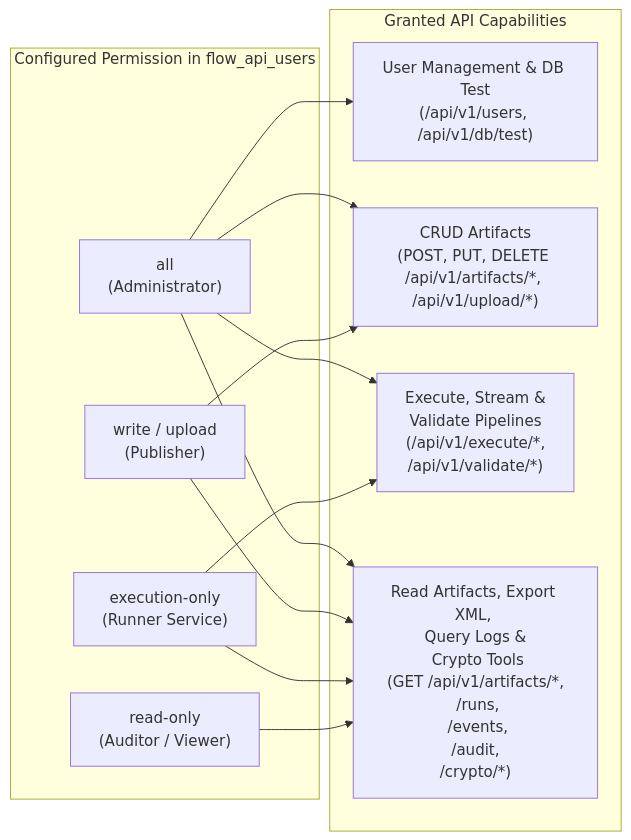
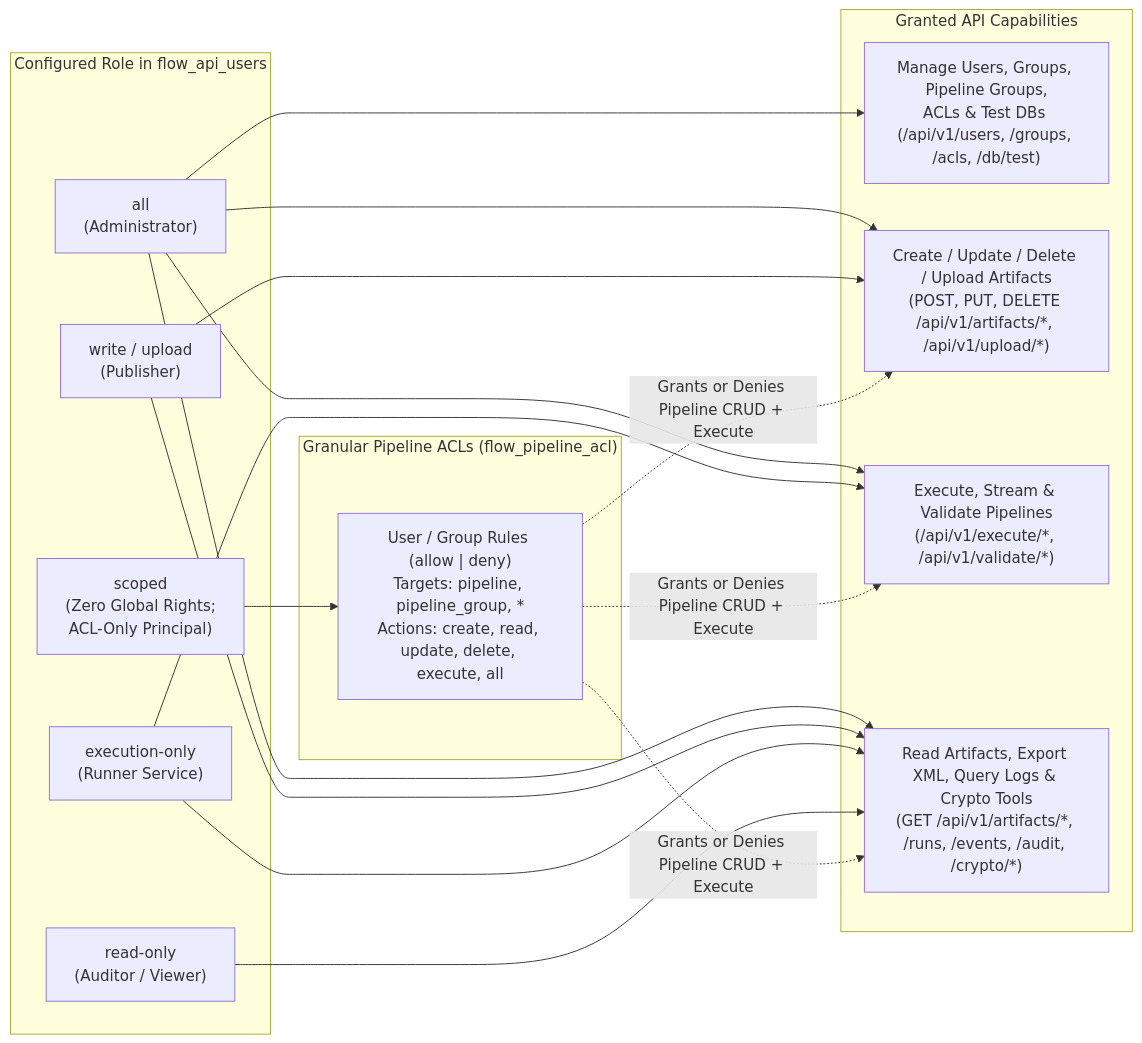
One commit to etl-madness/flow-docs changed the second of 6 diagrams in docs/guides/API_ENDPOINTS_REFERENCE.md. Above: the diagram before and after it, drawn with Mermaid. The commit also changed other lines of this file and 98 other files, not shown here.

````diff
--- a/docs/guides/API_ENDPOINTS_REFERENCE.md
+++ b/docs/guides/API_ENDPOINTS_REFERENCE.md
@@ -73,21 +70,28 @@
 ```mermaid
 flowchart LR
-    subgraph Roles["Configured Permission in flow_api_users"]
+    subgraph Roles["Configured Role in flow_api_users"]
         P_ALL["all<br/>(Administrator)"]
         P_WRITE["write / upload<br/>(Publisher)"]
         P_EXEC["execution-only<br/>(Runner Service)"]
         P_READ["read-only<br/>(Auditor / Viewer)"]
+        P_SCOPED["scoped<br/>(Zero Global Rights;<br/>ACL-Only Principal)"]
+    end
+
+    subgraph ACL["Granular Pipeline ACLs (flow_pipeline_acl)"]
+        A_RULES["User / Group Rules (allow | deny)<br/>Targets: pipeline, pipeline_group, *<br/>Actions: create, read, update, delete, execute, all"]
     end
 
     subgraph Capabilities["Granted API Capabilities"]
-        C_ADMIN["User Management &amp; DB Test<br/>(/api/v1/users, /api/v1/db/test)"]
-        C_MUTATE["CRUD Artifacts<br/>(POST, PUT, DELETE <br/>/api/v1/artifacts/*, /api/v1/upload/*)"]
-        C_RUN["Execute, Stream &amp; <br/>Validate Pipelines<br/>(/api/v1/execute/*,<br/> /api/v1/validate/*)"]
-        C_VIEW["Read Artifacts, Export XML, <br/>Query Logs &amp;<br/> Crypto Tools<br/>(GET /api/v1/artifacts/*,<br/> /runs,<br/> /events,<br/> /audit, <br/>/crypto/*)"]
+        C_ADMIN["Manage Users, Groups, Pipeline Groups,<br/>ACLs &amp; Test DBs (/api/v1/users, /groups, /acls, /db/test)"]
+        C_MUTATE["Create / Update / Delete / Upload Artifacts<br/>(POST, PUT, DELETE /api/v1/artifacts/*, /api/v1/upload/*)"]
+        C_RUN["Execute, Stream &amp; Validate Pipelines<br/>(/api/v1/execute/*, /api/v1/validate/*)"]
+        C_VIEW["Read Artifacts, Export XML, Query Logs &amp; Crypto Tools<br/>(GET /api/v1/artifacts/*, /runs, /events, /audit, /crypto/*)"]
     end
 
     P_ALL --> C_ADMIN & C_MUTATE & C_RUN & C_VIEW
     P_WRITE --> C_MUTATE & C_VIEW
     P_EXEC --> C_RUN & C_VIEW
     P_READ --> C_VIEW
+    P_SCOPED --> A_RULES
+    A_RULES -.->|"Grants or Denies Pipeline CRUD + Execute"| C_MUTATE & C_RUN & C_VIEW
 ```
````
